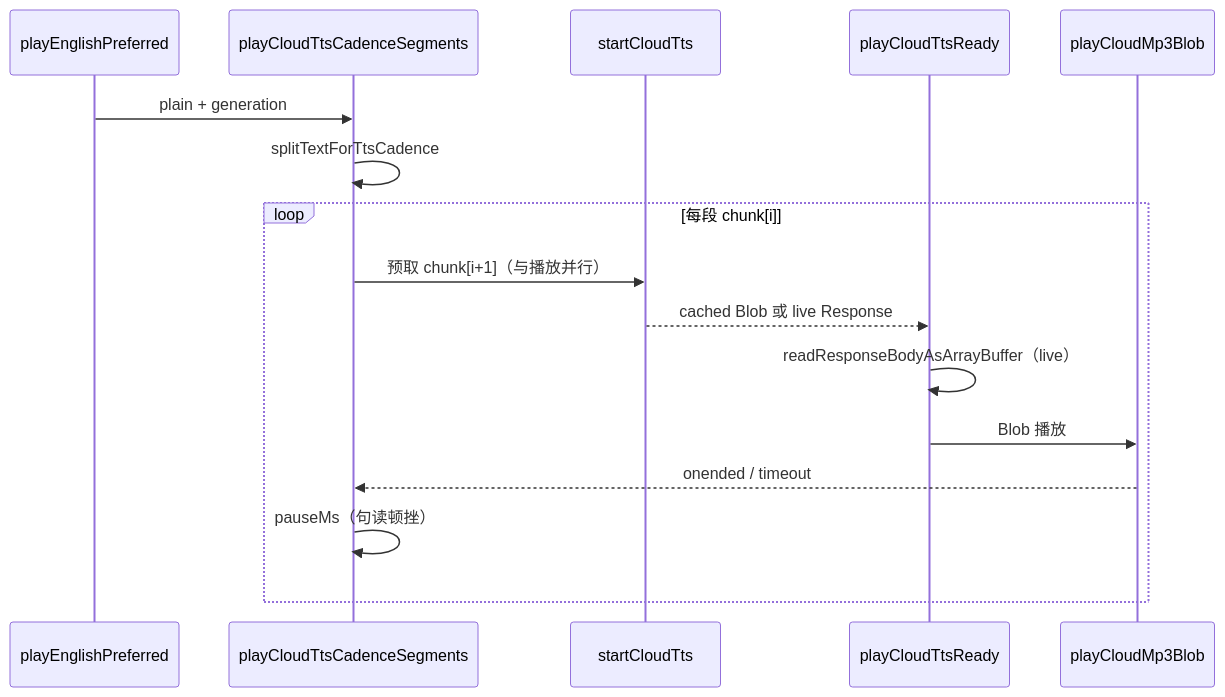
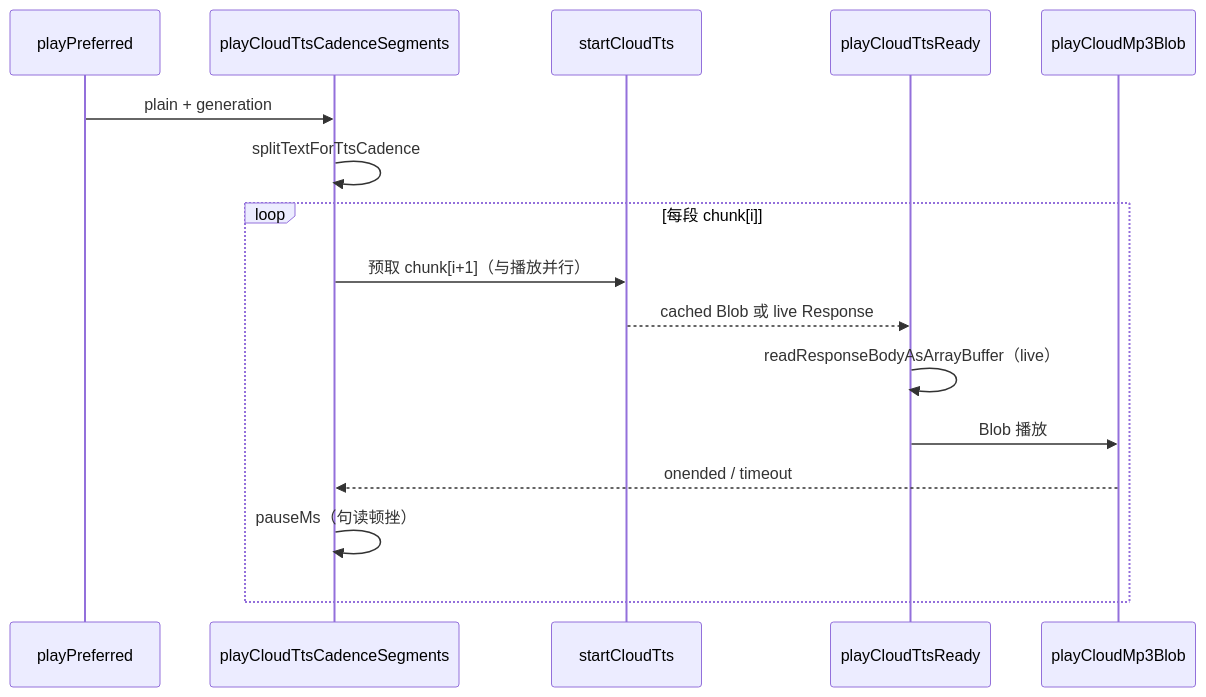
Before and after one commit to dnhyxc/dnhyxc-ai: the diagram in docs/english/cloud-tts-segment-pipeline.md, drawn with Mermaid. The commit also changed other lines of this file and 111 other files, not shown here.

````diff
--- a/docs/english/cloud-tts-segment-pipeline.md
+++ b/docs/english/cloud-tts-segment-pipeline.md
@@ -39,19 +39,19 @@
 ```mermaid
 sequenceDiagram
-  participant UI as playEnglishPreferred
+  participant UI as playPreferred
   participant Seg as playCloudTtsCadenceSegments
   participant Start as startCloudTts
   participant Ready as playCloudTtsReady
   participant Audio as playCloudMp3Blob
 
   UI->>Seg: plain + generation
   Seg->>Seg: splitTextForTtsCadence
   loop 每段 chunk[i]
     Seg->>Start: 预取 chunk[i+1]（与播放并行）
     Start-->>Ready: cached Blob 或 live Response
     Ready->>Ready: readResponseBodyAsArrayBuffer（live）
     Ready->>Audio: Blob 播放
     Audio-->>Seg: onended / timeout
     Seg->>Seg: pauseMs（句读顿挫）
   end
 ```
````
